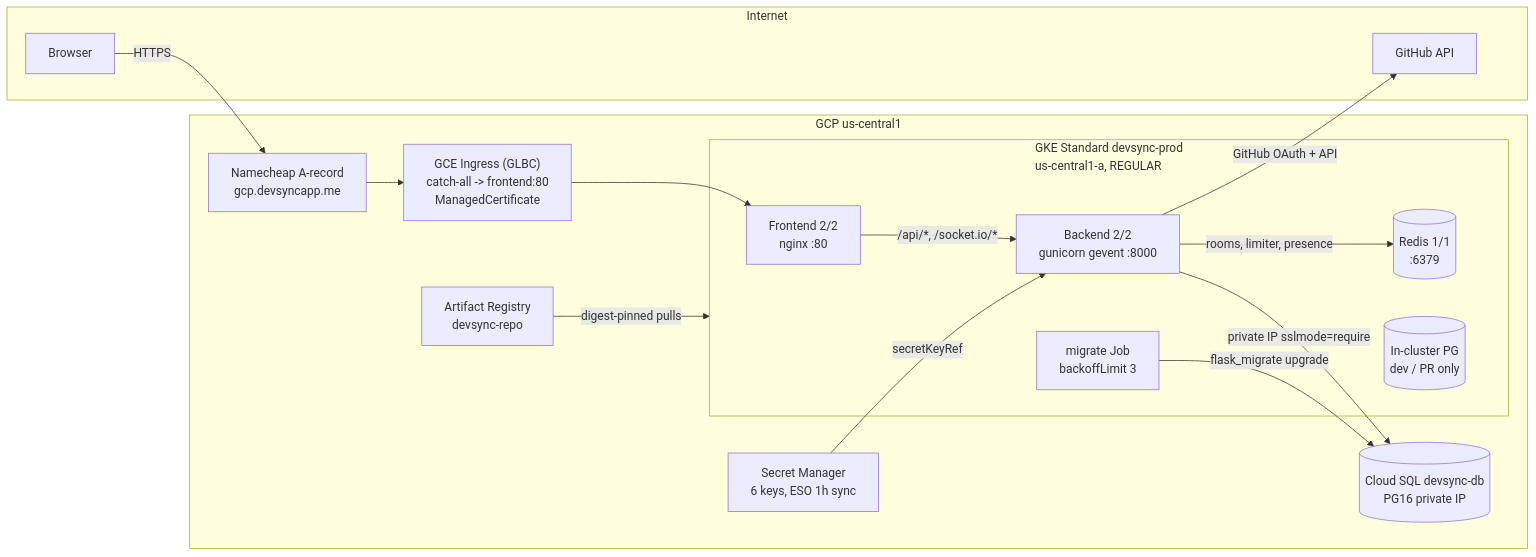
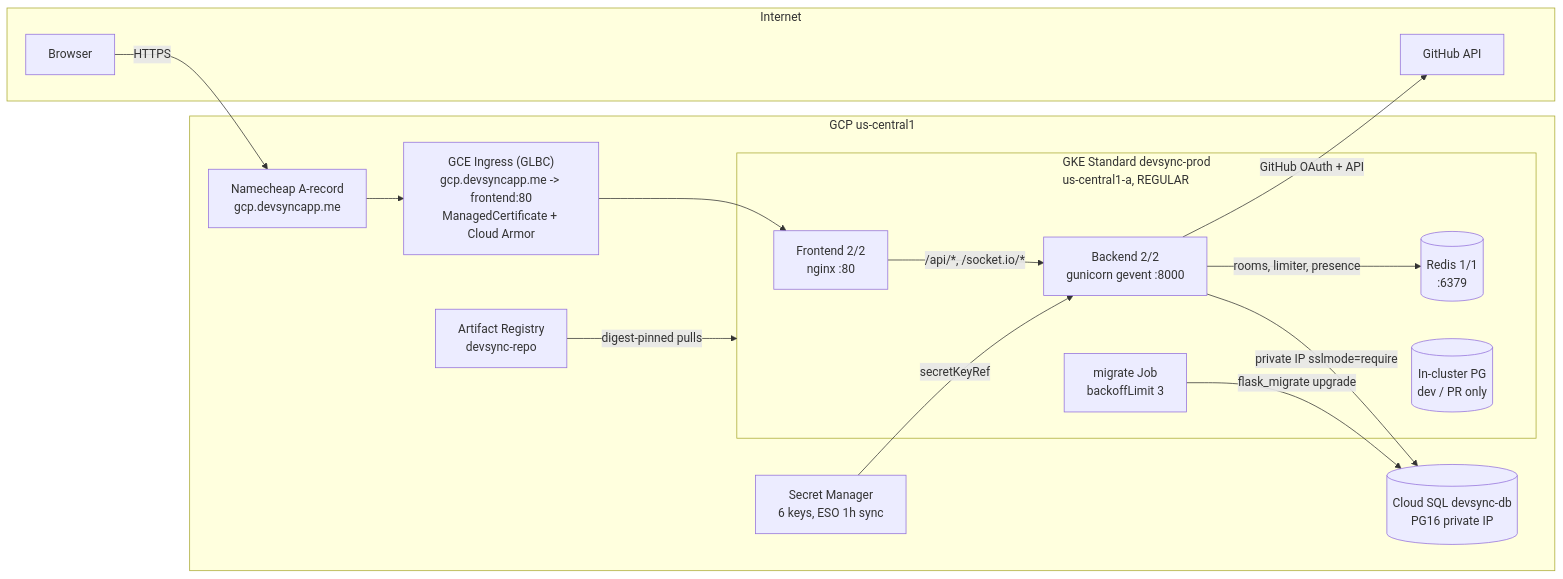
Before and after one commit to AhmedIkram05/devsync: the first of 5 diagrams in docs/deep-dives.md, drawn with Mermaid. The commit also changed other lines of this file and 1 other file, not shown here.

````diff
--- a/docs/deep-dives.md
+++ b/docs/deep-dives.md
@@ -9,33 +9,33 @@
 ```mermaid
 flowchart LR
     subgraph Internet["Internet"]
         User["Browser"]
         GH["GitHub API"]
     end
 
     subgraph GCP["GCP us-central1"]
         DNS["Namecheap A-record\ngcp.devsyncapp.me"]
-        LB["GCE Ingress (GLBC)\ncatch-all -> frontend:80\nManagedCertificate"]
+        LB["GCE Ingress (GLBC)\ngcp.devsyncapp.me -> frontend:80\nManagedCertificate + Cloud Armor"]
         subgraph Cluster["GKE Standard devsync-prod\nus-central1-a, REGULAR"]
             FE["Frontend 2/2\nnginx :80"]
             BE["Backend 2/2\ngunicorn gevent :8000"]
             Job["migrate Job\nbackoffLimit 3"]
             R[("Redis 1/1\n:6379")]
             PG[("In-cluster PG\ndev / PR only")]
         end
         SQL[("Cloud SQL devsync-db\nPG16 private IP")]
         SM["Secret Manager\n6 keys, ESO 1h sync"]
         AR["Artifact Registry\ndevsync-repo"]
     end
 
     User -->|"HTTPS"| DNS
     DNS --> LB
     LB --> FE
     FE -->|"/api/*, /socket.io/*"| BE
     BE -->|"private IP sslmode=require"| SQL
     BE -->|"rooms, limiter, presence"| R
     Job -->|"flask_migrate upgrade"| SQL
     SM -->|"secretKeyRef"| BE
     AR -->|"digest-pinned pulls"| Cluster
     BE -->|"GitHub OAuth + API"| GH
 ```
````
